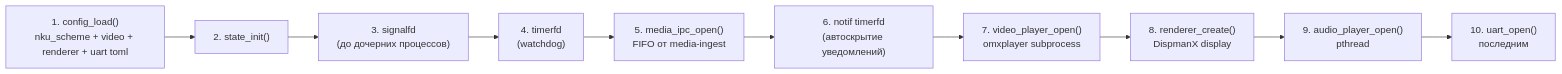
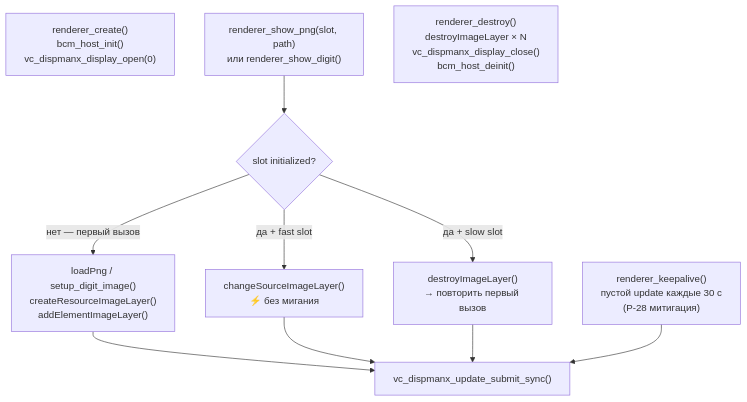
One commit to OSabuser/rpi-multimedia-display changed the second of 3 diagrams in src_indicator/README.md. Above: the diagram before and after it, drawn with Mermaid. The commit also changed other lines of this file and 41 other files, not shown here.

````diff
--- a/src_indicator/README.md
+++ b/src_indicator/README.md
@@ -83,15 +54,19 @@
 ```mermaid
-flowchart LR
-    A["1. config_load()\nnku_scheme + video + renderer + uart toml"]
-    B["2. state_init()"]
-    C["3. signalfd\n(до дочерних процессов)"]
-    D["4. timerfd\n(watchdog)"]
-    E["5. media_ipc_open()\nFIFO от media-ingest"]
-    F["6. notif timerfd\n(автоскрытие уведомлений)"]
-    G["7. video_player_open()\nomxplayer subprocess"]
-    H["8. renderer_create()\nDispmanX display"]
-    I["9. audio_player_open()\npthread"]
-    J["10. uart_open()\nпоследним"]
+flowchart TD
+    A["renderer_create()\nbcm_host_init()\nvc_dispmanx_display_open(0)"]
+    B["renderer_show_png(slot, path)\nили renderer_show_digit()"]
 
-    A --> B --> C --> D --> E --> F --> G --> H --> I --> J
+    B --> C{slot initialized?}
+    C -->|нет — первый вызов| D["loadPng / setup_digit_image()\ncreateResourceImageLayer()\naddElementImageLayer()"]
+    C -->|да + fast slot| E["changeSourceImageLayer()\n⚡ без мигания"]
+    C -->|да + slow slot| F["destroyImageLayer()\n→ повторить первый вызов"]
+
+    D --> G["vc_dispmanx_update_submit_sync()"]
+    E --> G
+    F --> G
+
+    H["renderer_keepalive()\nпустой update каждые 30 с\n(P-28 митигация)"]
+    H --> G
+
+    I["renderer_destroy()\ndestroyImageLayer × N\nvc_dispmanx_display_close()\nbcm_host_deinit()"]
 ```
````
